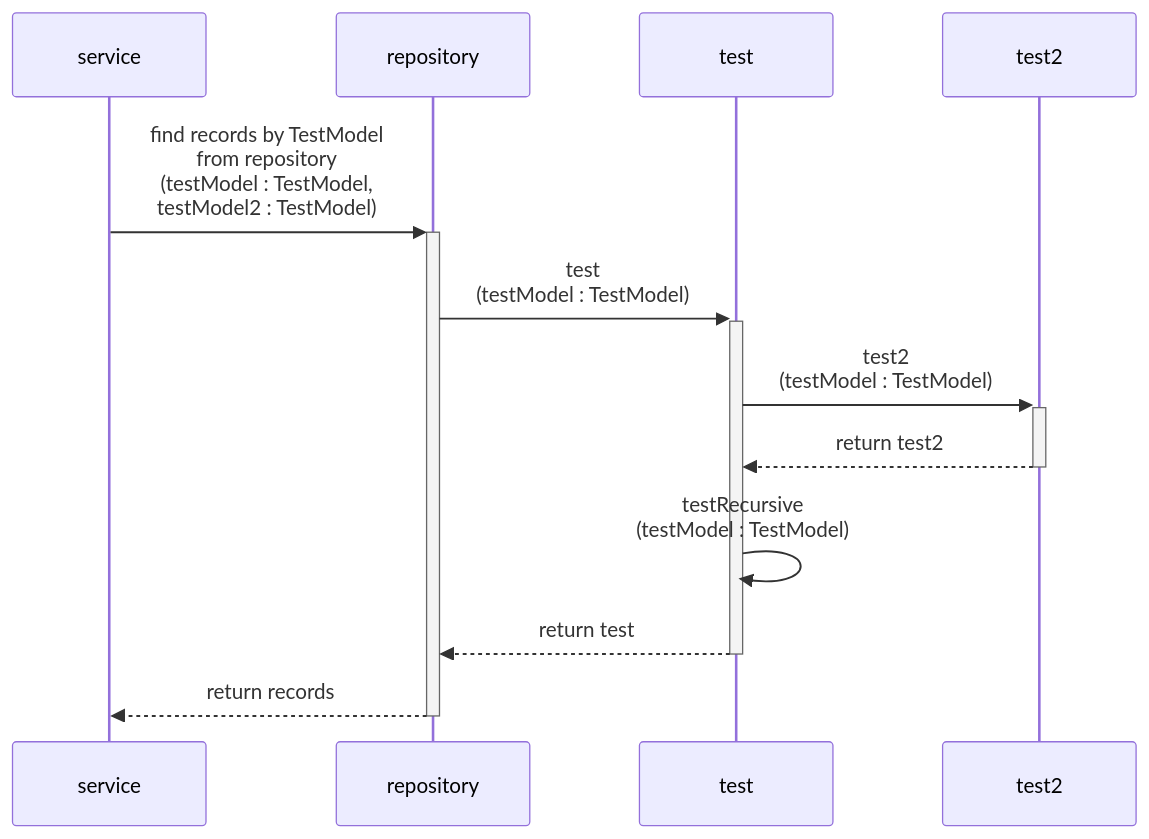
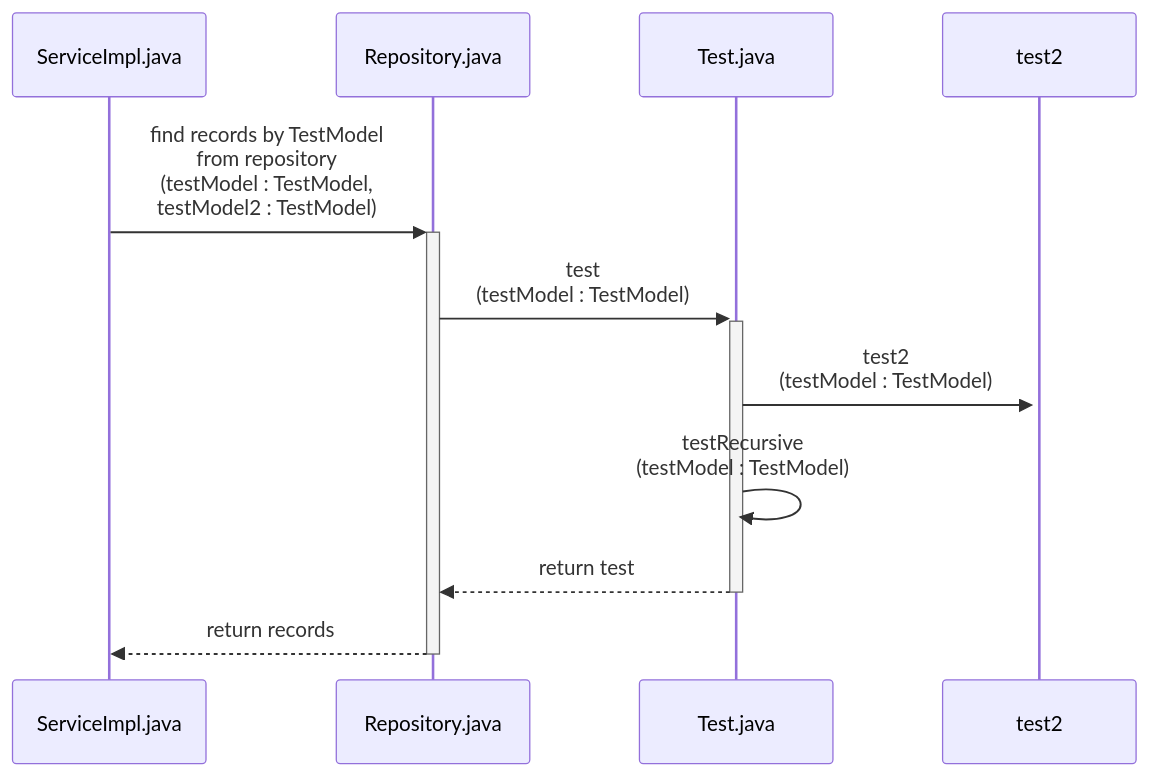
The diagram in output.md (ryoheiY/create-sequence-diagram-by-ts), drawn with Mermaid before and after one commit. The commit also changed 6 other files, not shown here.

````diff
--- a/output.md
+++ b/output.md
@@ -1,10 +1,12 @@
 ```mermaid
 sequenceDiagram
+participant service as ServiceImpl.java
+participant repository as Repository.java
+participant test as Test.java
 service ->>+ repository: find records by TestModel <br>from repository <br>(testModel : TestModel, <br>testModel2 : TestModel)
 repository ->>+ test: test <br>(testModel : TestModel)
 test ->>+ test2: test2 <br>(testModel : TestModel)
-test2 -->>- test: return test2
 test ->> test: testRecursive <br>(testModel : TestModel)
 test -->>- repository: return test
 repository -->>- service: return records
 ```
````
